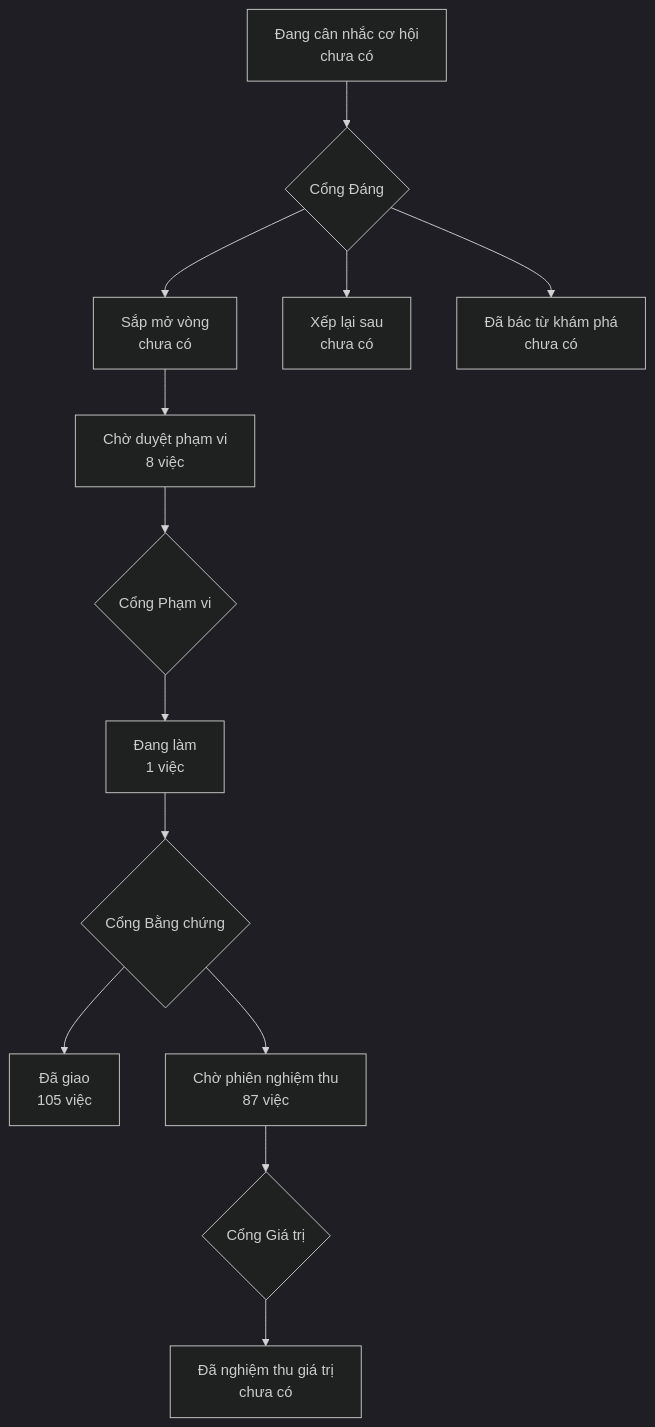
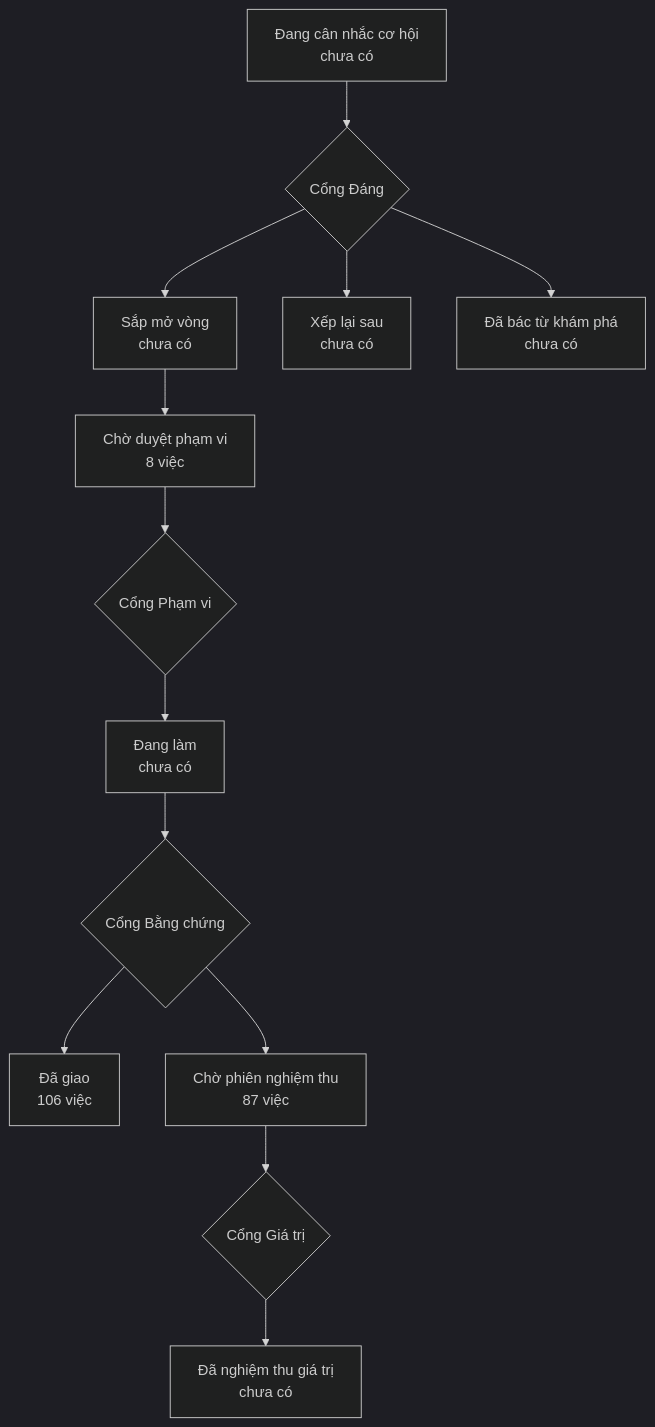
One commit to phanlemanh/onehub-invest changed the diagram in PRODUCT-MAP.md. Above: the diagram before and after it, drawn with Mermaid (dark theme). The commit also changed other lines of this file and 4 other files, not shown here.

````diff
--- a/PRODUCT-MAP.md
+++ b/PRODUCT-MAP.md
@@ -7,12 +7,12 @@
 ```mermaid
 flowchart TD
   A["Đang cân nhắc cơ hội<br/>chưa có"] --> GD{"Cổng Đáng"}
   GD --> B["Sắp mở vòng<br/>chưa có"]
   GD --> XL["Xếp lại sau<br/>chưa có"]
   GD --> DB["Đã bác từ khám phá<br/>chưa có"]
   B --> CD["Chờ duyệt phạm vi<br/>8 việc"] --> GP{"Cổng Phạm vi"}
-  GP --> DL["Đang làm<br/>1 việc"] --> GB{"Cổng Bằng chứng"}
-  GB --> DG["Đã giao<br/>105 việc"]
+  GP --> DL["Đang làm<br/>chưa có"] --> GB{"Cổng Bằng chứng"}
+  GB --> DG["Đã giao<br/>106 việc"]
   GB --> CN["Chờ phiên nghiệm thu<br/>87 việc"] --> GG{"Cổng Giá trị"}
   GG --> NT["Đã nghiệm thu giá trị<br/>chưa có"]
 ```
````
